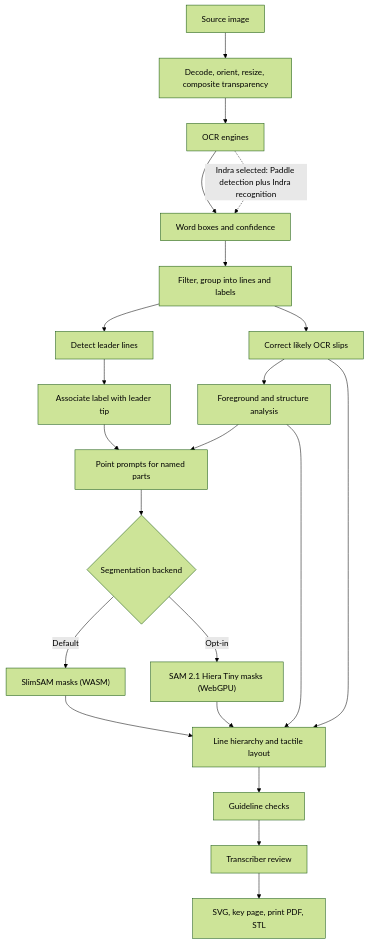
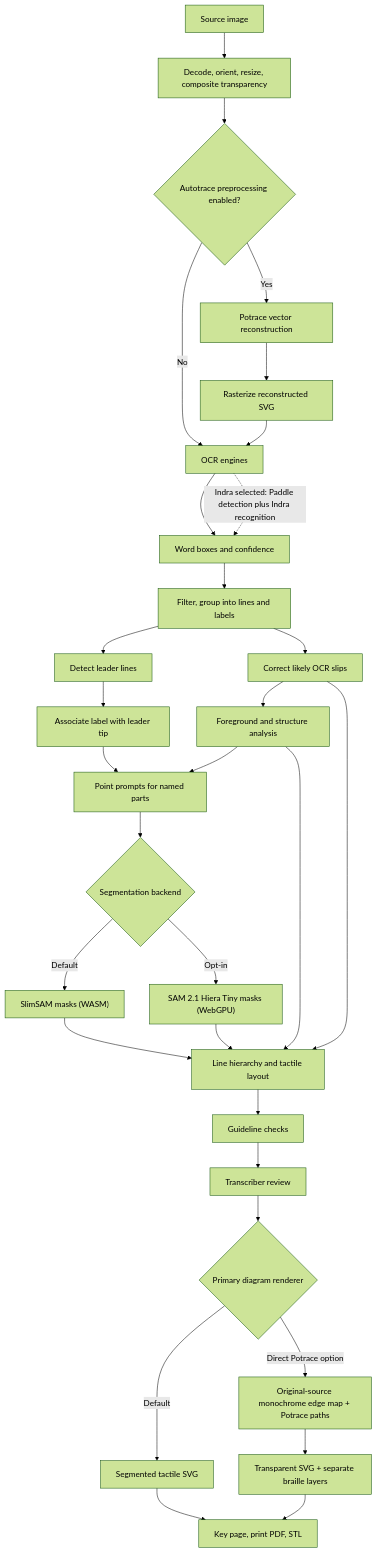
The diagram in docs/architecture.md (mrhunsaker/TactiDiagram), drawn with Mermaid (forest theme) before and after one commit. The commit also changed other lines of this file, not shown here.

Commit message:
docs: update architecture for Potrace modes

````diff
--- a/docs/architecture.md
+++ b/docs/architecture.md
@@ -26,24 +26,33 @@
 ```mermaid
 flowchart TD
   A["Source image"] --> B["Decode, orient, resize, composite transparency"]
-  B --> C["OCR engines"]
+  B --> P{"Autotrace preprocessing enabled?"}
+  P -->|No| C["OCR engines"]
+  P -->|Yes| P1["Potrace vector reconstruction"]
+  P1 --> P2["Rasterize reconstructed SVG"]
+  P2 --> C
   C --> D["Word boxes and confidence"]
   C -.->|Indra selected: Paddle detection plus Indra recognition| D
   D --> E["Filter, group into lines and labels"]
   E --> F["Correct likely OCR slips"]
   E --> G["Detect leader lines"]
   G --> H["Associate label with leader tip"]
   F --> I["Foreground and structure analysis"]
   H --> J["Point prompts for named parts"]
   I --> J
   J --> K{"Segmentation backend"}
   K -->|Default| S["SlimSAM masks (WASM)"]
   K -->|Opt-in| S2["SAM 2.1 Hiera Tiny masks (WebGPU)"]
   S --> L["Line hierarchy and tactile layout"]
   S2 --> L
   I --> L
   F --> L
   L --> M["Guideline checks"]
   M --> N["Transcriber review"]
-  N --> O["SVG, key page, print PDF, STL"]
+  N --> O{"Primary diagram renderer"}
+  O -->|Default| O1["Segmented tactile SVG"]
+  O -->|Direct Potrace option| O2["Original-source monochrome edge map + Potrace paths"]
+  O2 --> O3["Transparent SVG + separate braille layers"]
+  O1 --> O4["Key page, print PDF, STL"]
+  O3 --> O4
 ```
````
